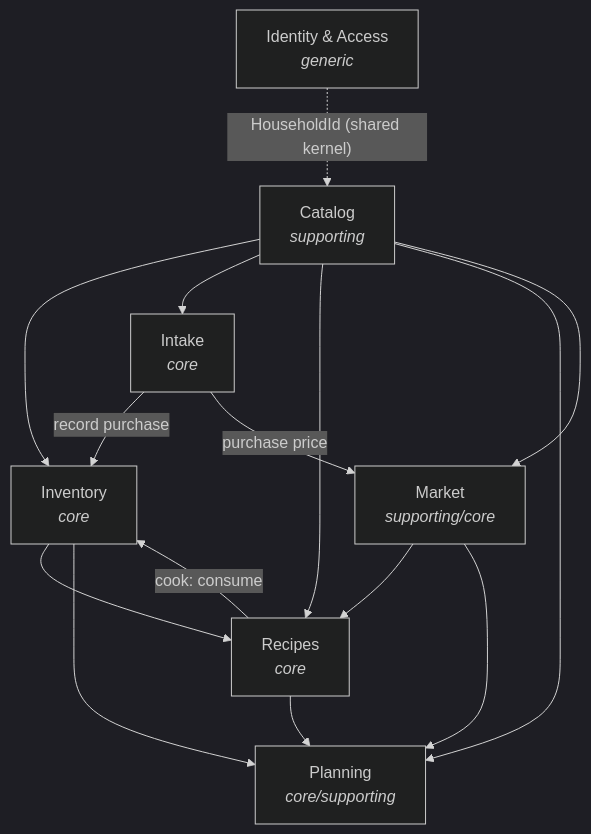
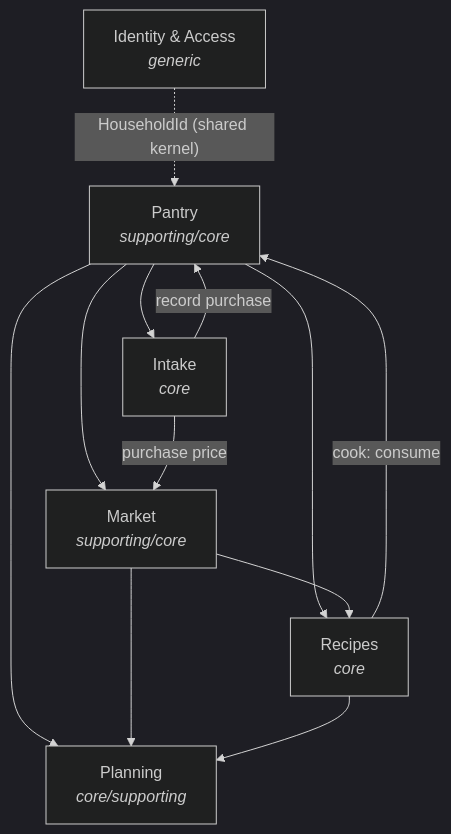
One commit to mgasparel/plantry changed the diagram in docs/ARCHITECTURE.md. Above: the diagram before and after it, drawn with Mermaid (dark theme). The commit also changed other lines of this file and 515 other files, not shown here.

First line of the commit message:
refactor(pantry): merge Catalog + Inventory into Pantry context (plantry-g3da.6)

````diff
--- a/docs/ARCHITECTURE.md
+++ b/docs/ARCHITECTURE.md
@@ -67,20 +66,18 @@
 ```mermaid
 graph TD
     IA["Identity &amp; Access<br/><i>generic</i>"]
-    CAT["Catalog<br/><i>supporting</i>"]
-    INV["Inventory<br/><i>core</i>"]
+    PAN["Pantry<br/><i>supporting/core</i>"]
     INT["Intake<br/><i>core</i>"]
     MKT["Market<br/><i>supporting/core</i>"]
     REC["Recipes<br/><i>core</i>"]
     PLAN["Planning<br/><i>core/supporting</i>"]
 
-    IA -. "HouseholdId (shared kernel)" .-> CAT
+    IA -. "HouseholdId (shared kernel)" .-> PAN
 
-    CAT --> INV & INT & REC & PLAN & MKT
-    INT -- "record purchase" --> INV
+    PAN --> INT & REC & PLAN & MKT
+    INT -- "record purchase" --> PAN
     INT -- "purchase price" --> MKT
-    INV --> REC & PLAN
     MKT --> REC & PLAN
-    REC -- "cook: consume" --> INV
+    REC -- "cook: consume" --> PAN
     REC --> PLAN
 ```
````
